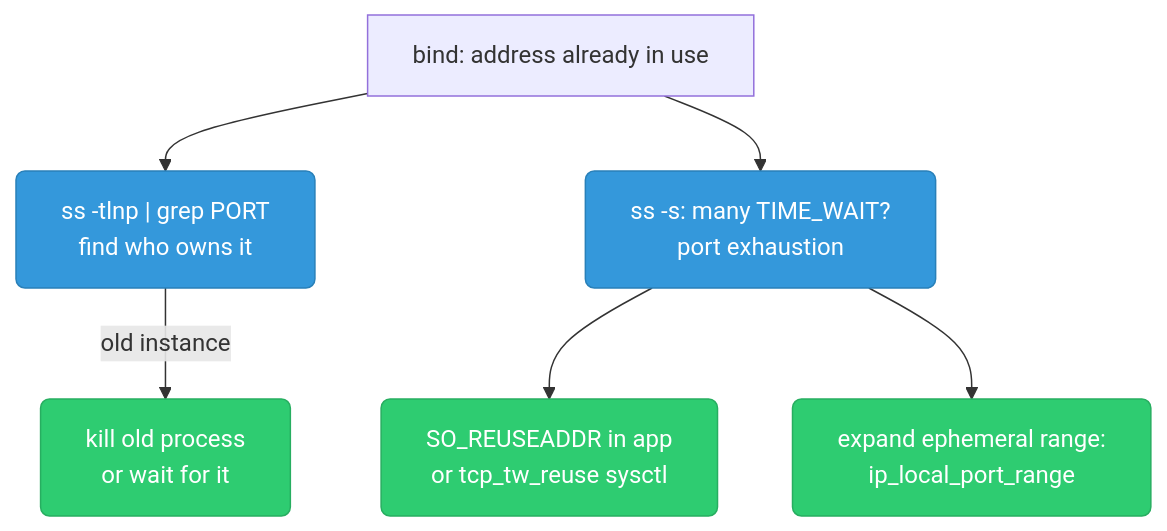
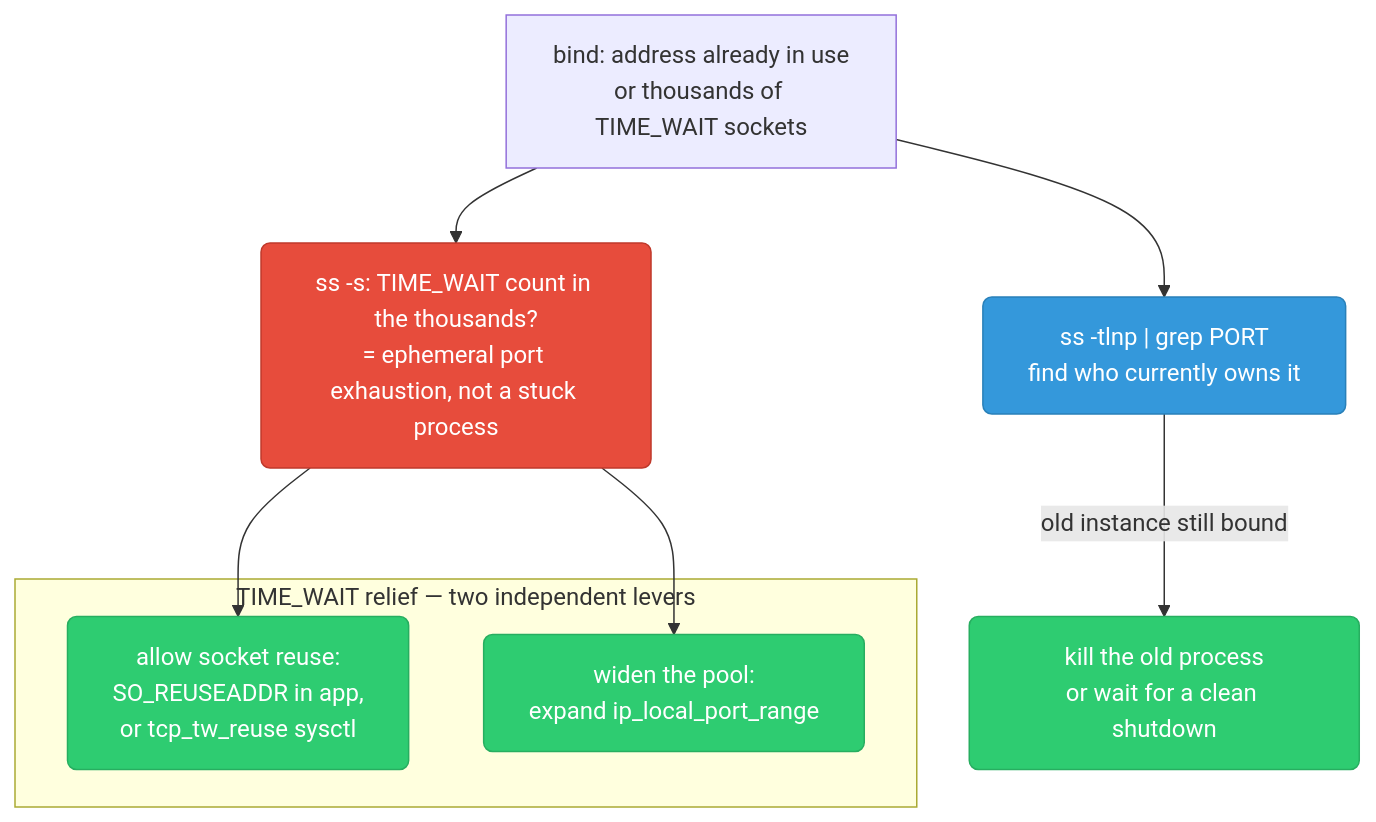
Before and after one commit to deepanshu-rawat6/DevOpsIndex: the fifth of 10 diagrams in sre/linux-debugging.md, drawn with Mermaid. The commit also changed other lines of this file and 10 other files, not shown here.

````diff
--- a/sre/linux-debugging.md
+++ b/sre/linux-debugging.md
@@ -228,15 +348,19 @@
 ```mermaid
 graph TD
     classDef check fill:#3498db,stroke:#2980b9,color:#fff,rx:6
     classDef fix fill:#2ecc71,stroke:#27ae60,color:#fff,rx:6
+    classDef warn fill:#e74c3c,stroke:#c0392b,color:#fff,rx:6
 
-    START["bind: address already in use"]
-    INUSE["ss -tlnp | grep PORT<br/>find who owns it"]:::check
-    TIMEWAIT["ss -s: many TIME_WAIT?<br/>port exhaustion"]:::check
-    KILL_OLD["kill old process<br/>or wait for it"]:::fix
-    REUSE["SO_REUSEADDR in app<br/>or tcp_tw_reuse sysctl"]:::fix
-    EPHEMERAL["expand ephemeral range:<br/>ip_local_port_range"]:::fix
+    START["bind: address already in use<br/>or thousands of TIME_WAIT sockets"]
+    INUSE["ss -tlnp | grep PORT<br/>find who currently owns it"]:::check
+    TIMEWAIT["ss -s: TIME_WAIT count in the thousands?<br/>= ephemeral port exhaustion, not a stuck process"]:::warn
+    KILL_OLD["kill the old process<br/>or wait for a clean shutdown"]:::fix
 
-    START --> INUSE -->|"old instance"| KILL_OLD
+    subgraph TWFIX["TIME_WAIT relief — two independent levers"]
+        REUSE["allow socket reuse:<br/>SO_REUSEADDR in app,<br/>or tcp_tw_reuse sysctl"]:::fix
+        EPHEMERAL["widen the pool:<br/>expand ip_local_port_range"]:::fix
+    end
+
+    START --> INUSE -->|"old instance still bound"| KILL_OLD
     START --> TIMEWAIT --> REUSE & EPHEMERAL
 ```
````
